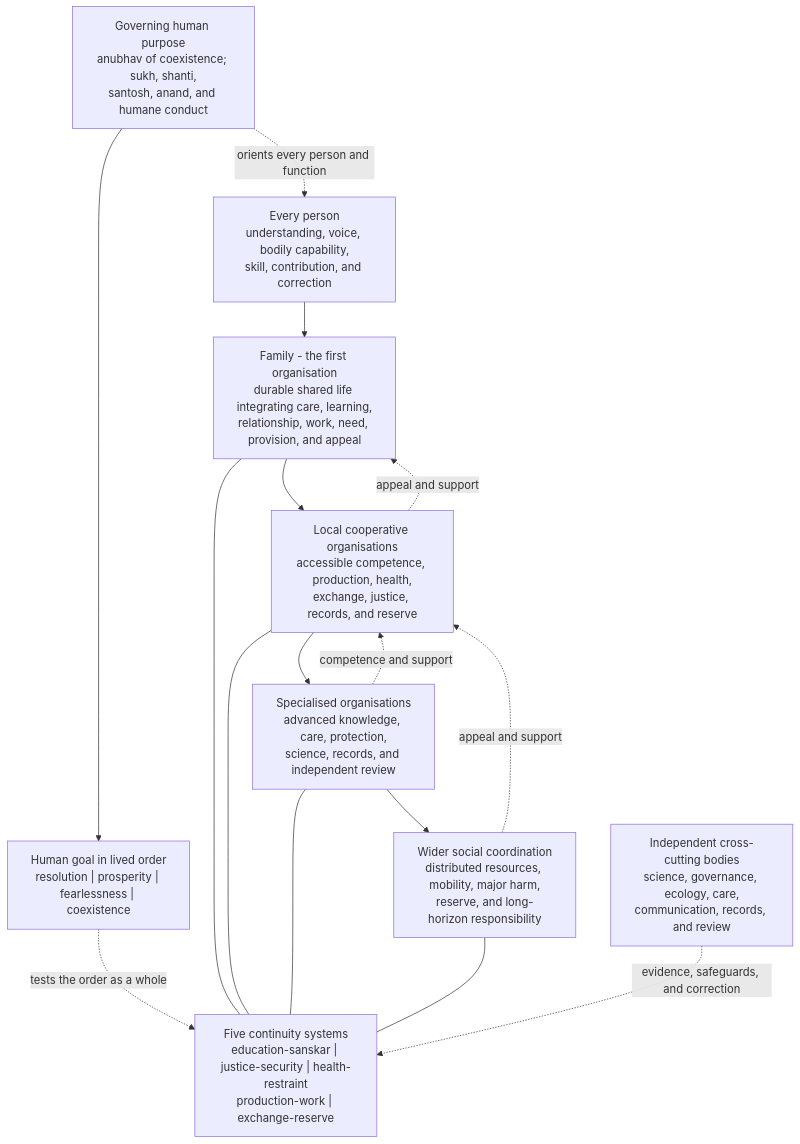
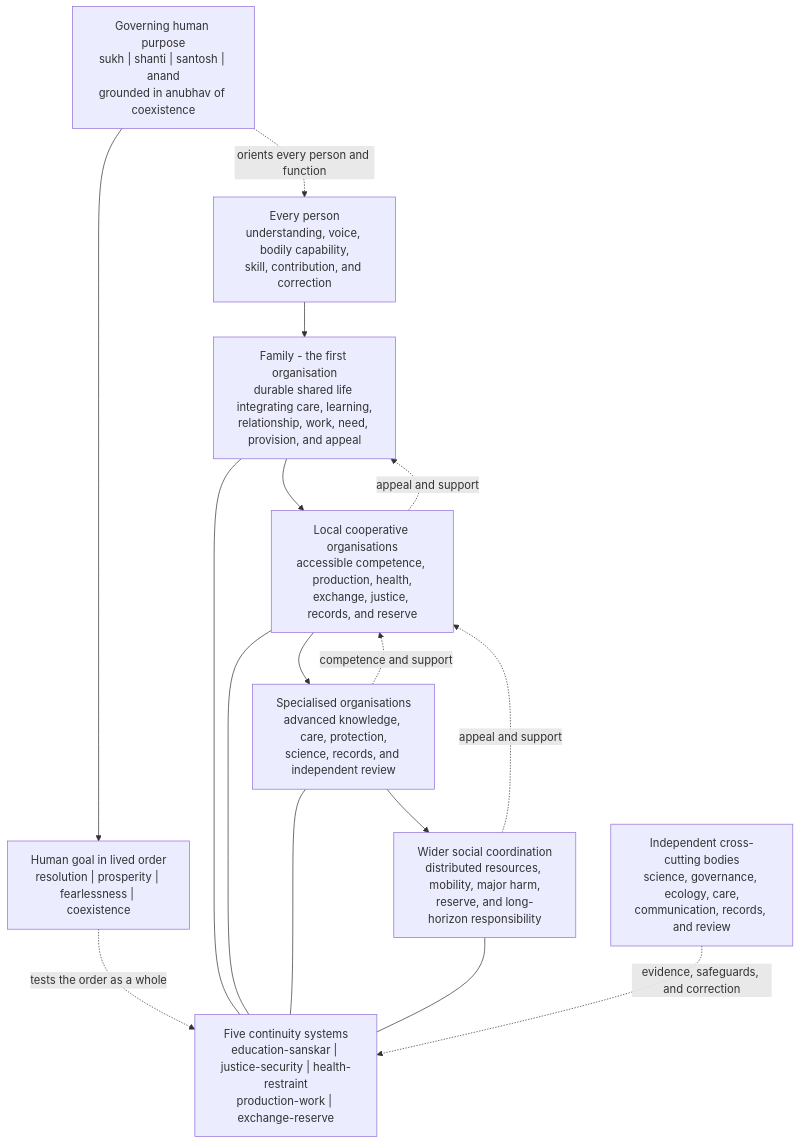
Before and after one commit to raghavamohan/AnalyticMadhyasthDarshan: the diagram in Studies/The-Epistemology-of-Coexistence/Research-Note-Proposed-External-Organisation-From-Jeevan-Architecture.md, drawn with Mermaid. The commit also changed other lines of this file and 2 other files, not shown here.

Commit message:
Clarify Jeevan happiness sequence

````diff
--- a/Studies/The-Epistemology-of-Coexistence/Research-Note-Proposed-External-Organisation-From-Jeevan-Architecture.md
+++ b/Studies/The-Epistemology-of-Coexistence/Research-Note-Proposed-External-Organisation-From-Jeevan-Architecture.md
@@ -63,25 +73,25 @@
 ```mermaid
 flowchart TB
-    H["Governing human purpose<br/>anubhav of coexistence; sukh, shanti,<br/>santosh, anand, and humane conduct"]
+    H["Governing human purpose<br/>sukh | shanti | santosh | anand<br/>grounded in anubhav of coexistence"]
     G["Human goal in lived order<br/>resolution | prosperity | fearlessness | coexistence"]
     P["Every person<br/>understanding, voice, bodily capability,<br/>skill, contribution, and correction"]
     F["Family - the first organisation<br/>durable shared life integrating care, learning,<br/>relationship, work, need, provision, and appeal"]
     L["Local cooperative organisations<br/>accessible competence, production, health,<br/>exchange, justice, records, and reserve"]
     S["Specialised organisations<br/>advanced knowledge, care, protection,<br/>science, records, and independent review"]
     W["Wider social coordination<br/>distributed resources, mobility, major harm,<br/>reserve, and long-horizon responsibility"]
     C["Five continuity systems<br/>education-sanskar | justice-security | health-restraint<br/>production-work | exchange-reserve"]
     X["Independent cross-cutting bodies<br/>science, governance, ecology, care,<br/>communication, records, and review"]
 
     H --> G
     H -. "orients every person and function" .-> P
     G -. "tests the order as a whole" .-> C
     P --> F --> L --> S --> W
     F --- C
     L --- C
     S --- C
     W --- C
     X -. "evidence, safeguards, and correction" .-> C
     W -. "appeal and support" .-> L
     S -. "competence and support" .-> L
     L -. "appeal and support" .-> F
 ```
````
